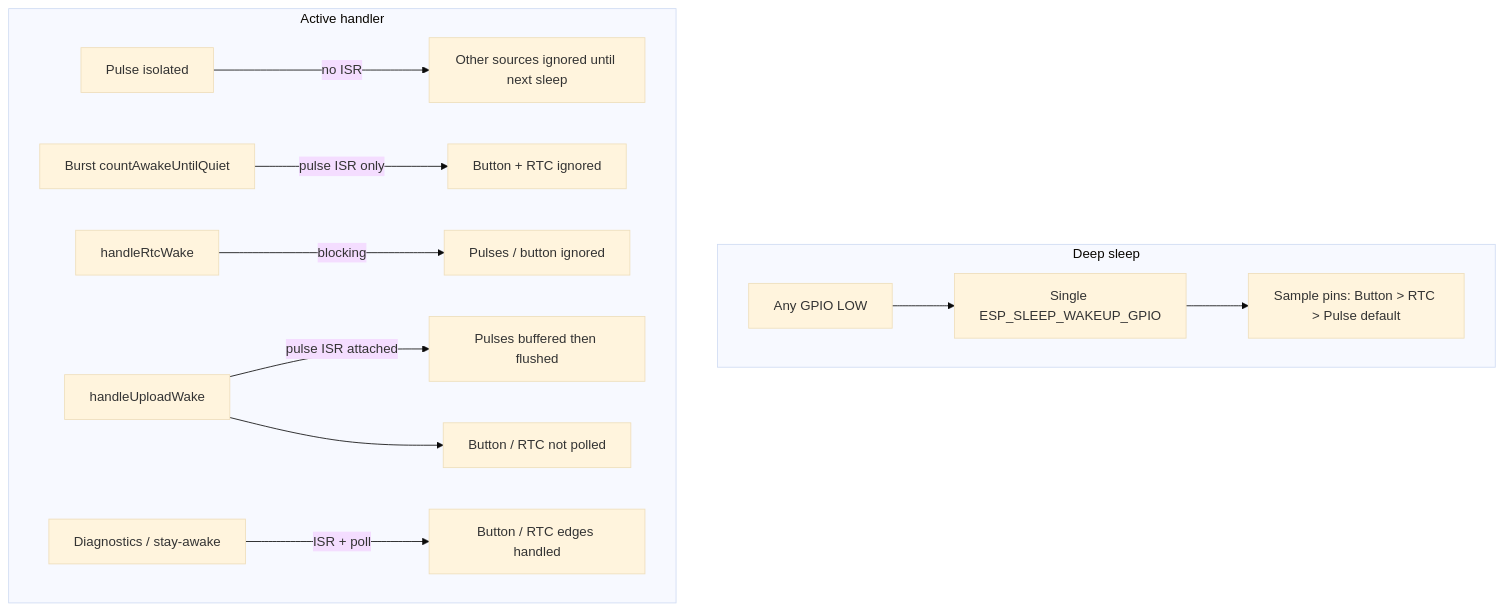
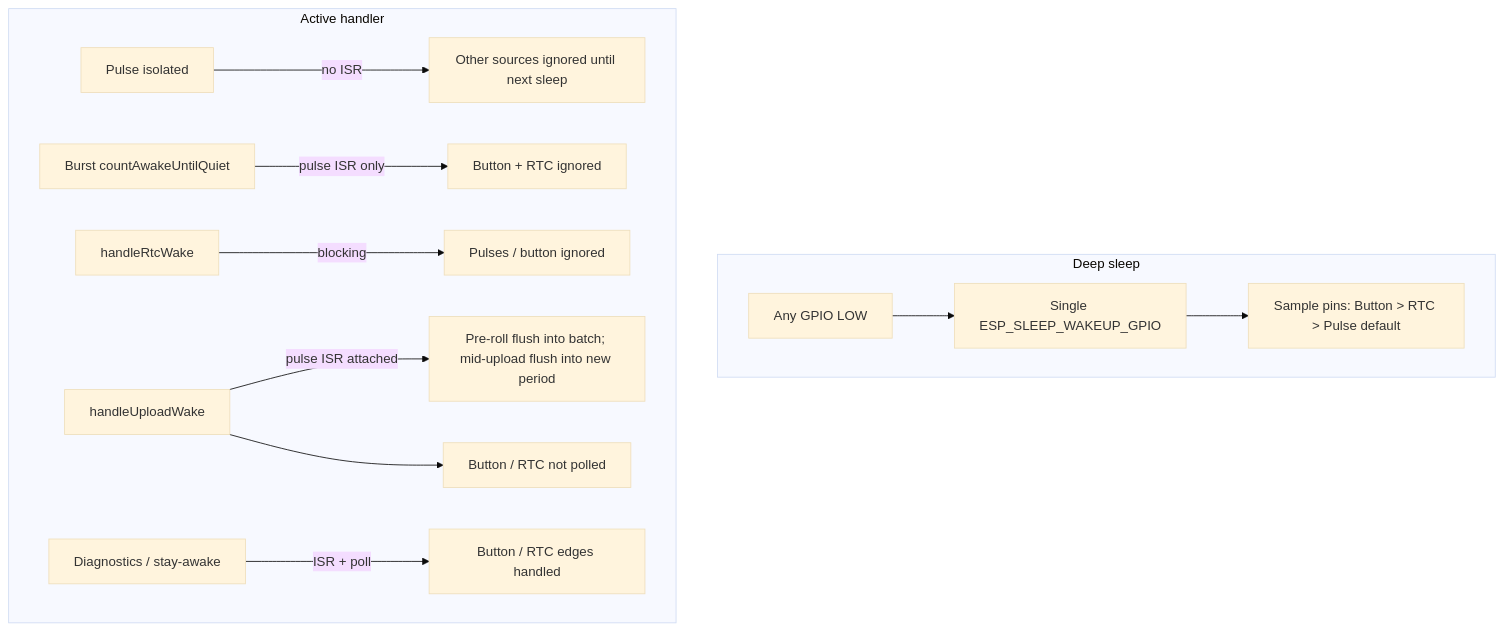
One commit to bakroistvan/meter_buddy changed the third of 3 diagrams in docs/firmware/fw_specification.md. Above: the diagram before and after it, drawn with Mermaid (base theme). The commit also changed other lines of this file and 2 other files, not shown here.

First line of the commit message:
Sync intent, firmware, and upload specs to current behavior.

````diff
--- a/docs/firmware/fw_specification.md
+++ b/docs/firmware/fw_specification.md
@@ -235,16 +323,16 @@
 ```mermaid
 flowchart TD
   subgraph sleep["Deep sleep"]
     W[Any GPIO LOW] --> ONEWAKE[Single ESP_SLEEP_WAKEUP_GPIO]
     ONEWAKE --> PRIO[Sample pins: Button > RTC > Pulse default]
   end
 
   subgraph handlers["Active handler"]
     HP[Pulse isolated] -->|no ISR| MISS1[Other sources ignored until next sleep]
     HB[Burst countAwakeUntilQuiet] -->|pulse ISR only| MISS2[Button + RTC ignored]
     HR[handleRtcWake] -->|blocking| MISS3[Pulses / button ignored]
-    HU[handleUploadWake] -->|pulse ISR attached| BUF[Pulses buffered then flushed]
+    HU[handleUploadWake] -->|pulse ISR attached| BUF[Pre-roll flush into batch; mid-upload flush into new period]
     HU --> MISS4[Button / RTC not polled]
     HD[Diagnostics / stay-awake] -->|ISR + poll| OK[Button / RTC edges handled]
   end
 ```
````
